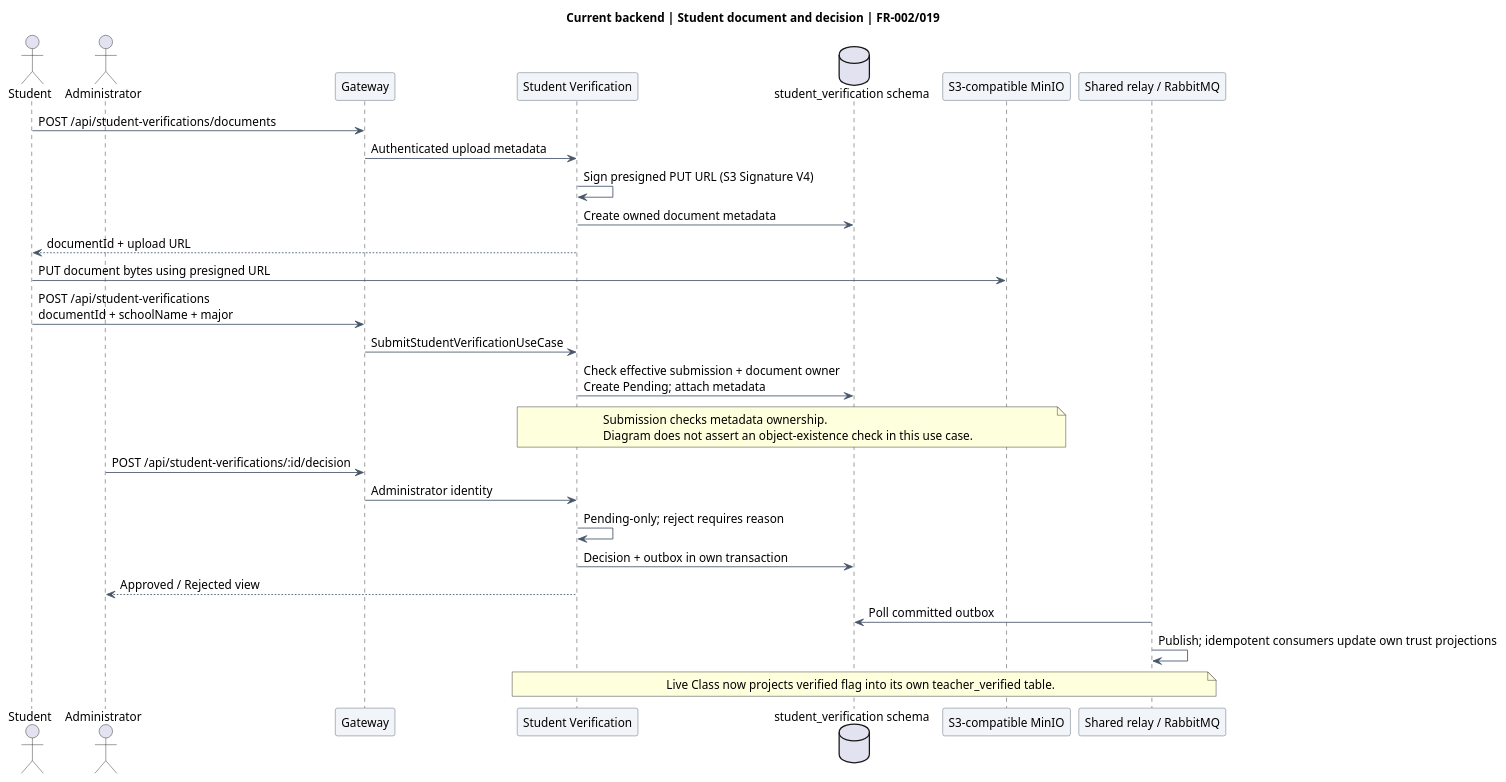
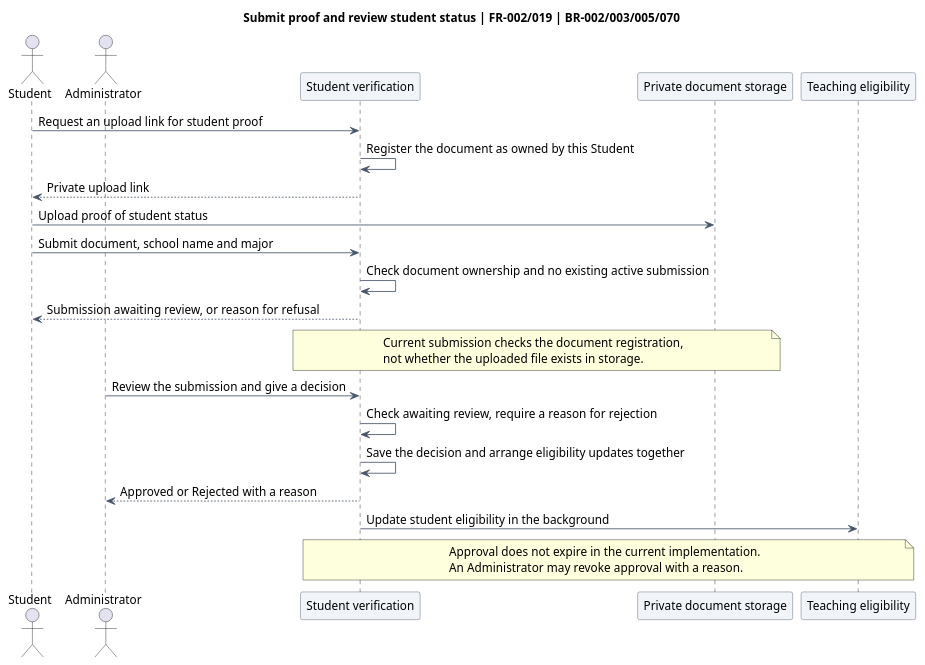
Before and after one commit to trankien022/SkillSwap: the diagram in docs/diagrams/checkpoint/source/sequence-student-verification.puml, drawn with PlantUML. The commit also changed 62 other files, not shown here.

First line of the commit message:
docs(diagrams): refresh diagrams against current code (#77)

```diff
--- a/docs/diagrams/checkpoint/source/sequence-student-verification.puml
+++ b/docs/diagrams/checkpoint/source/sequence-student-verification.puml
@@ -1,39 +1,33 @@
 @startuml
-title Current backend | Student document and decision | FR-002/019
+title Submit proof and review student status | FR-002/019 | BR-002/003/005/070
 skinparam backgroundColor #FFFFFF
 skinparam shadowing false
 skinparam defaultFontName Arial
 skinparam defaultFontSize 14
 skinparam ArrowColor #475569
+skinparam activityBackgroundColor #F1F5F9
+skinparam activityBorderColor #475569
 skinparam sequenceParticipantBackgroundColor #F1F5F9
 skinparam sequenceParticipantBorderColor #475569
-skinparam activityBackgroundColor #F1F5F9
-skinparam activityBorderColor #475569
 skinparam stateBackgroundColor #F1F5F9
 skinparam stateBorderColor #475569
 actor Student as U
 actor Administrator as A
-participant Gateway as G
-participant "Student Verification" as V
-database "student_verification schema" as D
-participant "S3-compatible MinIO" as S
-participant "Shared relay / RabbitMQ" as E
-U -> G: POST /api/student-verifications/documents
-G -> V: Authenticated upload metadata
-V -> V: Sign presigned PUT URL (S3 Signature V4)
-V -> D: Create owned document metadata
-V --> U: documentId + upload URL
-U -> S: PUT document bytes using presigned URL
-U -> G: POST /api/student-verifications\ndocumentId + schoolName + major
-G -> V: SubmitStudentVerificationUseCase
-V -> D: Check effective submission + document owner\nCreate Pending; attach metadata
-note over V,S: Submission checks metadata ownership.\nDiagram does not assert an object-existence check in this use case.
-A -> G: POST /api/student-verifications/:id/decision
-G -> V: Administrator identity
-V -> V: Pending-only; reject requires reason
-V -> D: Decision + outbox in own transaction
-V --> A: Approved / Rejected view
-E -> D: Poll committed outbox
-E -> E: Publish; idempotent consumers update own trust projections
-note over V,E: Live Class now projects verified flag into its own teacher_verified table.
+participant "Student verification" as V
+participant "Private document storage" as D
+participant "Teaching eligibility" as E
+U -> V: Request an upload link for student proof
+V -> V: Register the document as owned by this Student
+V --> U: Private upload link
+U -> D: Upload proof of student status
+U -> V: Submit document, school name and major
+V -> V: Check document ownership and no existing active submission
+V --> U: Submission awaiting review, or reason for refusal
+note over V,D: Current submission checks the document registration,\nnot whether the uploaded file exists in storage.
+A -> V: Review the submission and give a decision
+V -> V: Check awaiting review, require a reason for rejection
+V -> V: Save the decision and arrange eligibility updates together
+V --> A: Approved or Rejected with a reason
+V -> E: Update student eligibility in the background
+note over V,E: Approval does not expire in the current implementation.\nAn Administrator may revoke approval with a reason.
 @enduml
```
